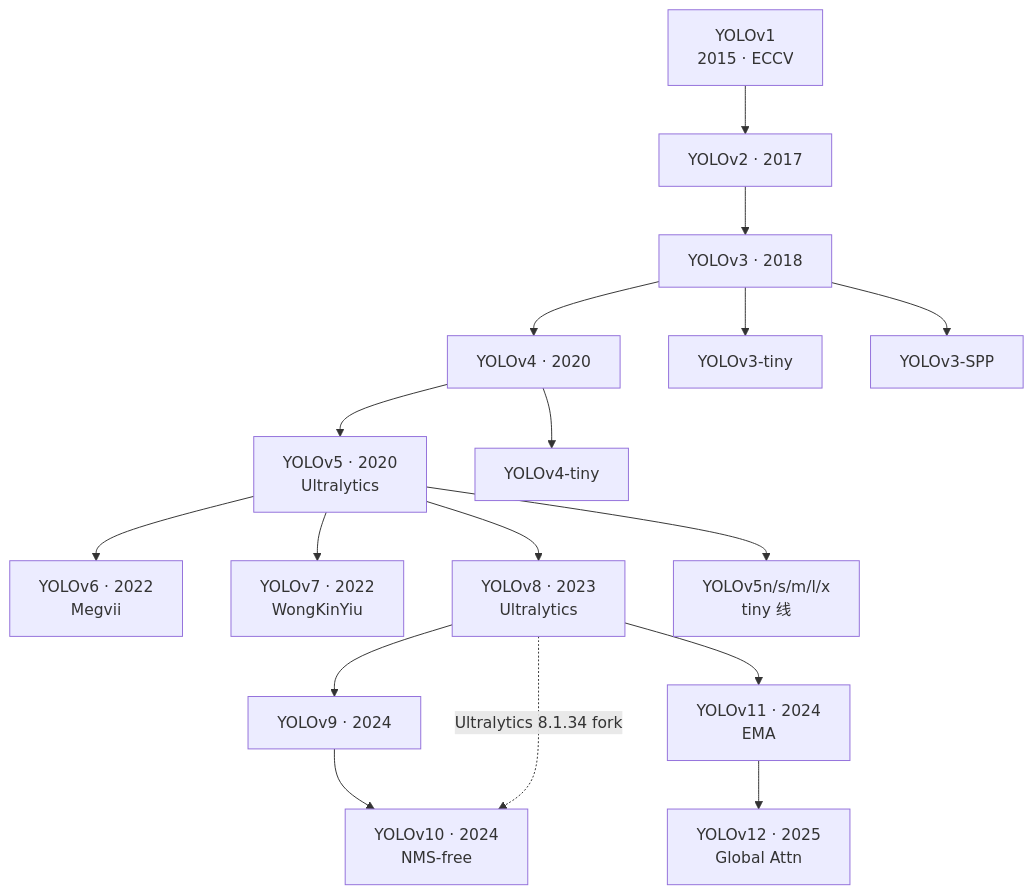
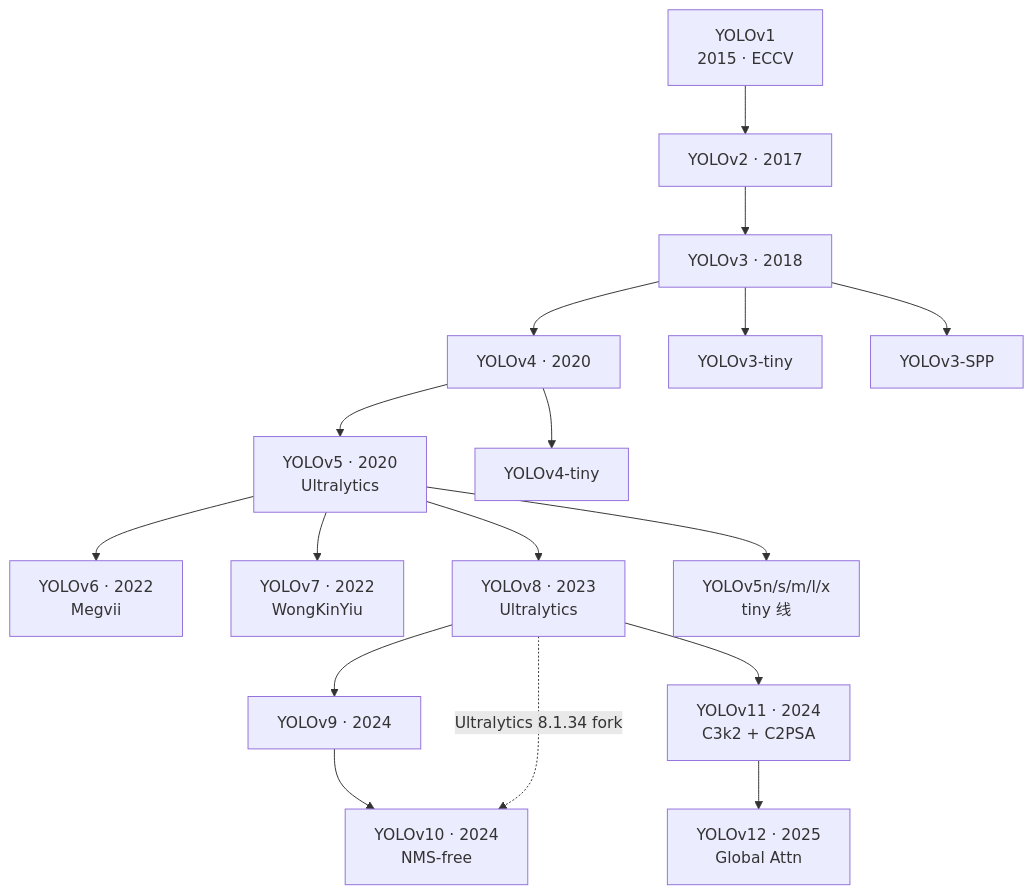
One commit to yejinlei/agent-yolo changed the first of 3 diagrams in docs/global/family.md. Above: the diagram before and after it, drawn with Mermaid. The commit also changed other lines of this file and 19 other files, not shown here.

````diff
--- a/docs/global/family.md
+++ b/docs/global/family.md
@@ -7,22 +7,22 @@
 ```mermaid
 flowchart TB
   V1[YOLOv1<br/>2015 · ECCV] --> V2[YOLOv2 · 2017]
   V2 --> V3[YOLOv3 · 2018]
   V3 --> V4[YOLOv4 · 2020]
   V3 --> V3T[YOLOv3-tiny]
   V3 --> V3S[YOLOv3-SPP]
 
   V4 --> V5[YOLOv5 · 2020<br/>Ultralytics]
   V4 --> V4T[YOLOv4-tiny]
 
   V5 --> V6[YOLOv6 · 2022<br/>Megvii]
   V5 --> V7[YOLOv7 · 2022<br/>WongKinYiu]
   V5 --> V8[YOLOv8 · 2023<br/>Ultralytics]
   V5 --> V5N[YOLOv5n/s/m/l/x<br/>tiny 线]
 
   V8 --> V9[YOLOv9 · 2024]
   V9 --> V10[YOLOv10 · 2024<br/>NMS-free]
   V8 -.->|"Ultralytics 8.1.34 fork"| V10
-  V8 --> V11[YOLOv11 · 2024<br/>EMA]
+  V8 --> V11[YOLOv11 · 2024<br/>C3k2 + C2PSA]
   V11 --> V12[YOLOv12 · 2025<br/>Global Attn]
 ```
````
